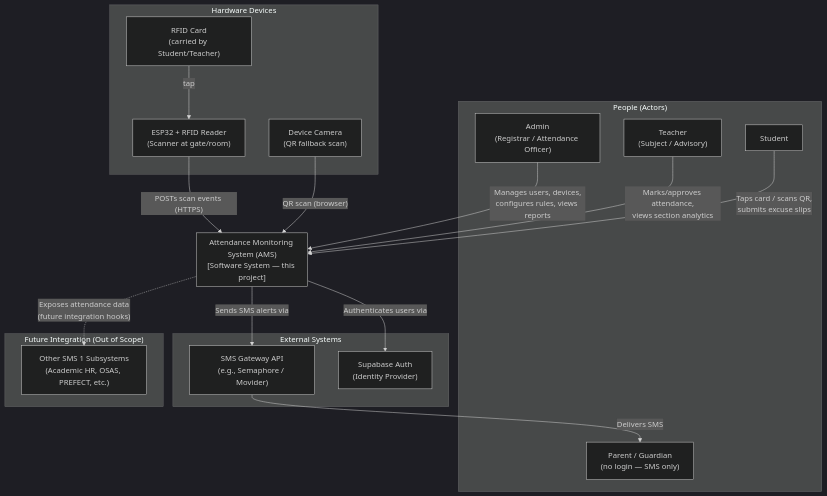
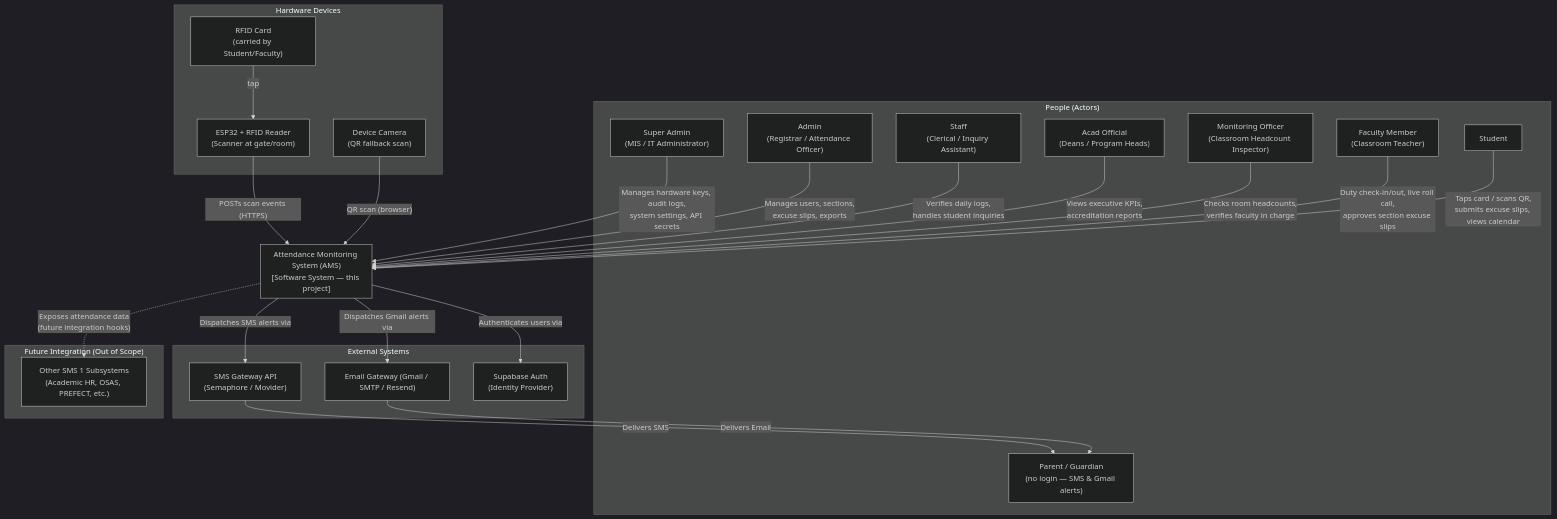
Before and after one commit to jaynzxc/Attendance-Monitoring-System: the diagram in docs/CONTEXT.md, drawn with Mermaid (dark theme). The commit also changed other lines of this file and 5 other files, not shown here.

````diff
--- a/docs/CONTEXT.md
+++ b/docs/CONTEXT.md
@@ -25,38 +25,49 @@
 ```mermaid
 flowchart TB
     subgraph Users["People (Actors)"]
+        SuperAdmin["Super Admin<br/>(MIS / IT Administrator)"]
         Admin["Admin<br/>(Registrar / Attendance Officer)"]
-        Teacher["Teacher<br/>(Subject / Advisory)"]
+        Staff["Staff<br/>(Clerical / Inquiry Assistant)"]
+        AcadOfficial["Acad Official<br/>(Deans / Program Heads)"]
+        Monitoring["Monitoring Officer<br/>(Classroom Headcount Inspector)"]
+        Faculty["Faculty Member<br/>(Classroom Teacher)"]
         Student["Student"]
-        Parent["Parent / Guardian<br/>(no login — SMS only)"]
+        Parent["Parent / Guardian<br/>(no login — SMS & Gmail alerts)"]
     end
 
     subgraph AMS["Attendance Monitoring System (AMS)<br/>[Software System — this project]"]
     end
 
     subgraph External["External Systems"]
-        SMSGW["SMS Gateway API<br/>(e.g., Semaphore / Movider)"]
+        SMSGW["SMS Gateway API<br/>(Semaphore / Movider)"]
+        EmailGW["Email Gateway (Gmail / SMTP / Resend)"]
         SupabaseAuth["Supabase Auth<br/>(Identity Provider)"]
     end
 
     subgraph Hardware["Hardware Devices"]
         ESP32["ESP32 + RFID Reader<br/>(Scanner at gate/room)"]
-        RFIDCard["RFID Card<br/>(carried by Student/Teacher)"]
+        RFIDCard["RFID Card<br/>(carried by Student/Faculty)"]
         Cam["Device Camera<br/>(QR fallback scan)"]
     end
 
     subgraph Future["Future Integration (Out of Scope)"]
         SMS1["Other SMS 1 Subsystems<br/>(Academic HR, OSAS, PREFECT, etc.)"]
     end
 
-    Admin -- "Manages users, devices,<br/>configures rules, views reports" --> AMS
-    Teacher -- "Marks/approves attendance,<br/>views section analytics" --> AMS
-    Student -- "Taps card / scans QR,<br/>submits excuse slips" --> AMS
+    SuperAdmin -- "Manages hardware keys, audit logs,<br/>system settings, API secrets" --> AMS
+    Admin -- "Manages users, sections,<br/>excuse slips, exports" --> AMS
+    Staff -- "Verifies daily logs,<br/>handles student inquiries" --> AMS
+    AcadOfficial -- "Views executive KPIs,<br/>accreditation reports" --> AMS
+    Monitoring -- "Checks room headcounts,<br/>verifies faculty in charge" --> AMS
+    Faculty -- "Duty check-in/out, live roll call,<br/>approves section excuse slips" --> AMS
+    Student -- "Taps card / scans QR,<br/>submits excuse slips, views calendar" --> AMS
     RFIDCard -- "tap" --> ESP32
     ESP32 -- "POSTs scan events (HTTPS)" --> AMS
     Cam -- "QR scan (browser)" --> AMS
     AMS -- "Authenticates users via" --> SupabaseAuth
-    AMS -- "Sends SMS alerts via" --> SMSGW
+    AMS -- "Dispatches SMS alerts via" --> SMSGW
+    AMS -- "Dispatches Gmail alerts via" --> EmailGW
     SMSGW -- "Delivers SMS" --> Parent
+    EmailGW -- "Delivers Email" --> Parent
     AMS -. "Exposes attendance data<br/>(future integration hooks)" .-> SMS1
 ```
````
